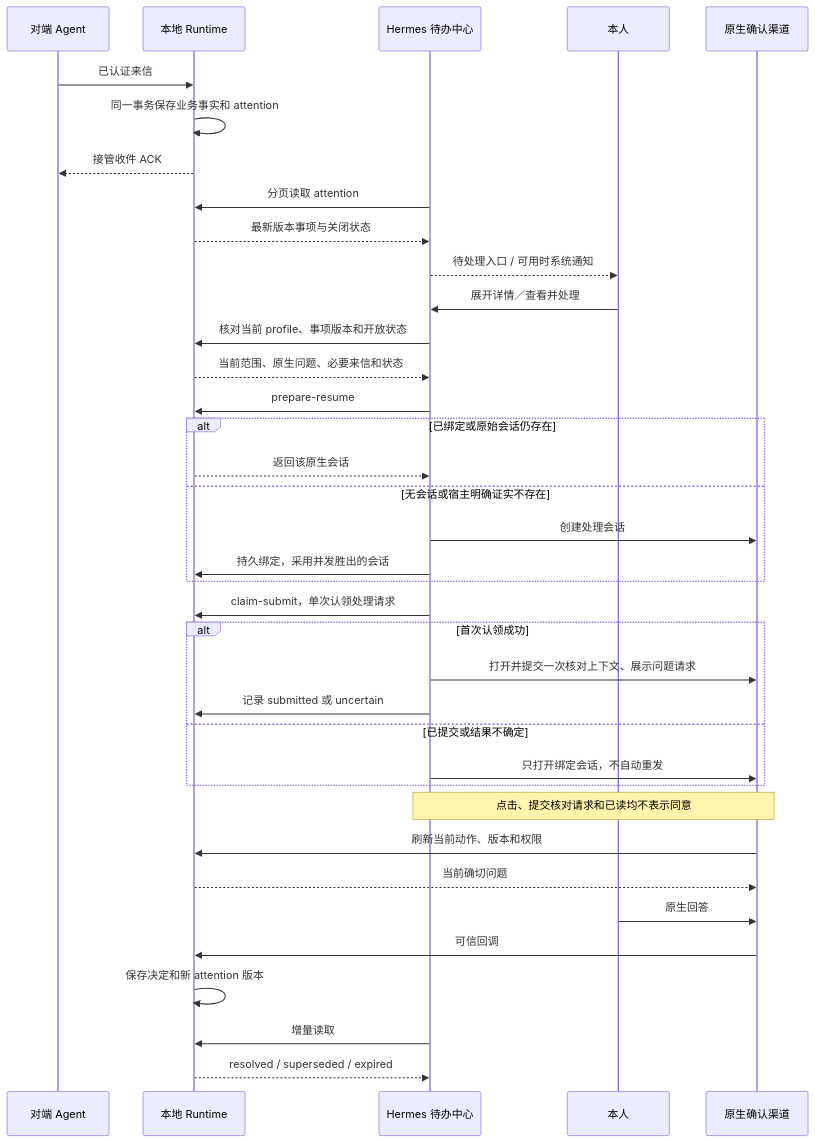
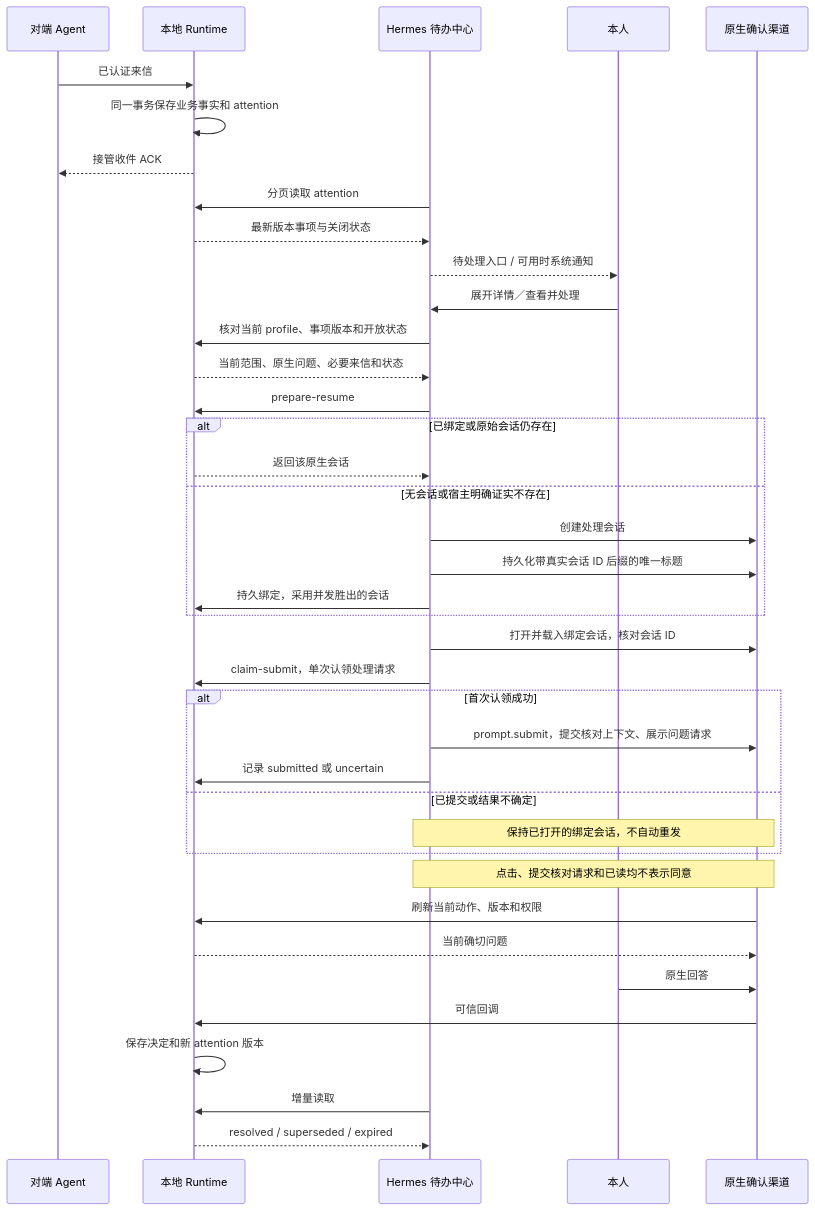
Before and after one commit to BillShiyaoZhang/agent-collaboration-deploy: the second of 3 diagrams in docs/architecture/COLLABORATION_AND_ATTENTION.md, drawn with Mermaid. The commit also changed other lines of this file and 1 other file, not shown here.

Commit message:
docs: align attention flow with verified session handling

````diff
--- a/docs/architecture/COLLABORATION_AND_ATTENTION.md
+++ b/docs/architecture/COLLABORATION_AND_ATTENTION.md
@@ -65,39 +65,41 @@
 ```mermaid
 sequenceDiagram
     participant P as 对端 Agent
     participant R as 本地 Runtime
     participant H as Hermes 待办中心
     participant U as 本人
     participant N as 原生确认渠道
     P->>R: 已认证来信
     R->>R: 同一事务保存业务事实和 attention
     R-->>P: 接管收件 ACK
     H->>R: 分页读取 attention
     R-->>H: 最新版本事项与关闭状态
     H-->>U: 待处理入口 / 可用时系统通知
     U->>H: 展开详情／查看并处理
     H->>R: 核对当前 profile、事项版本和开放状态
     R-->>H: 当前范围、原生问题、必要来信和状态
     H->>R: prepare-resume
     alt 已绑定或原始会话仍存在
         R-->>H: 返回该原生会话
     else 无会话或宿主明确证实不存在
         H->>N: 创建处理会话
+        H->>N: 持久化带真实会话 ID 后缀的唯一标题
         H->>R: 持久绑定，采用并发胜出的会话
     end
+    H->>N: 打开并载入绑定会话，核对会话 ID
     H->>R: claim-submit，单次认领处理请求
     alt 首次认领成功
-        H->>N: 打开并提交一次核对上下文、展示问题请求
+        H->>N: prompt.submit，提交核对上下文、展示问题请求
         H->>R: 记录 submitted 或 uncertain
     else 已提交或结果不确定
-        H->>N: 只打开绑定会话，不自动重发
+        Note over H,N: 保持已打开的绑定会话，不自动重发
     end
     Note over H,N: 点击、提交核对请求和已读均不表示同意
     N->>R: 刷新当前动作、版本和权限
     R-->>N: 当前确切问题
     U->>N: 原生回答
     N->>R: 可信回调
     R->>R: 保存决定和新 attention 版本
     H->>R: 增量读取
     R-->>H: resolved / superseded / expired
 ```
````
